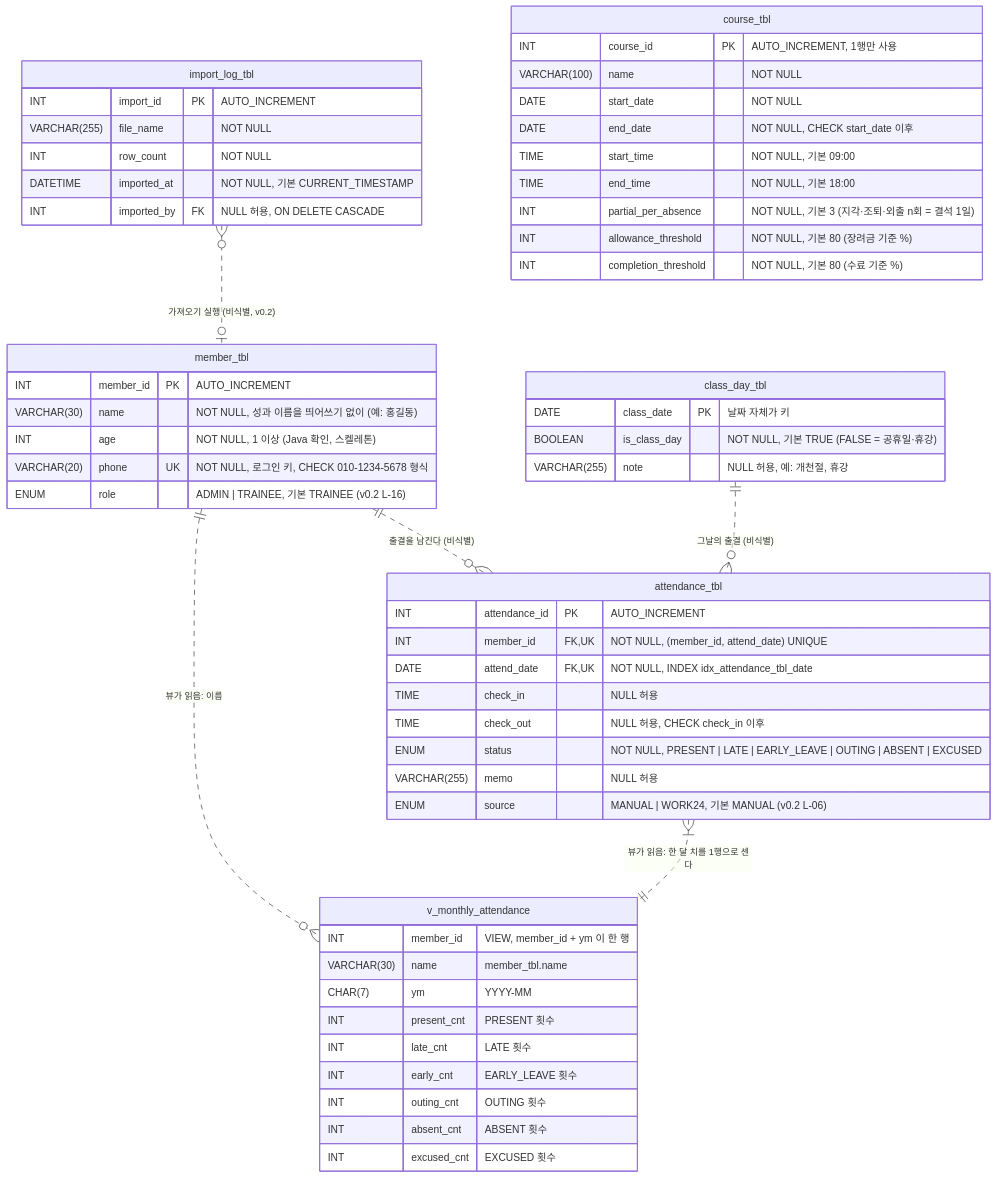
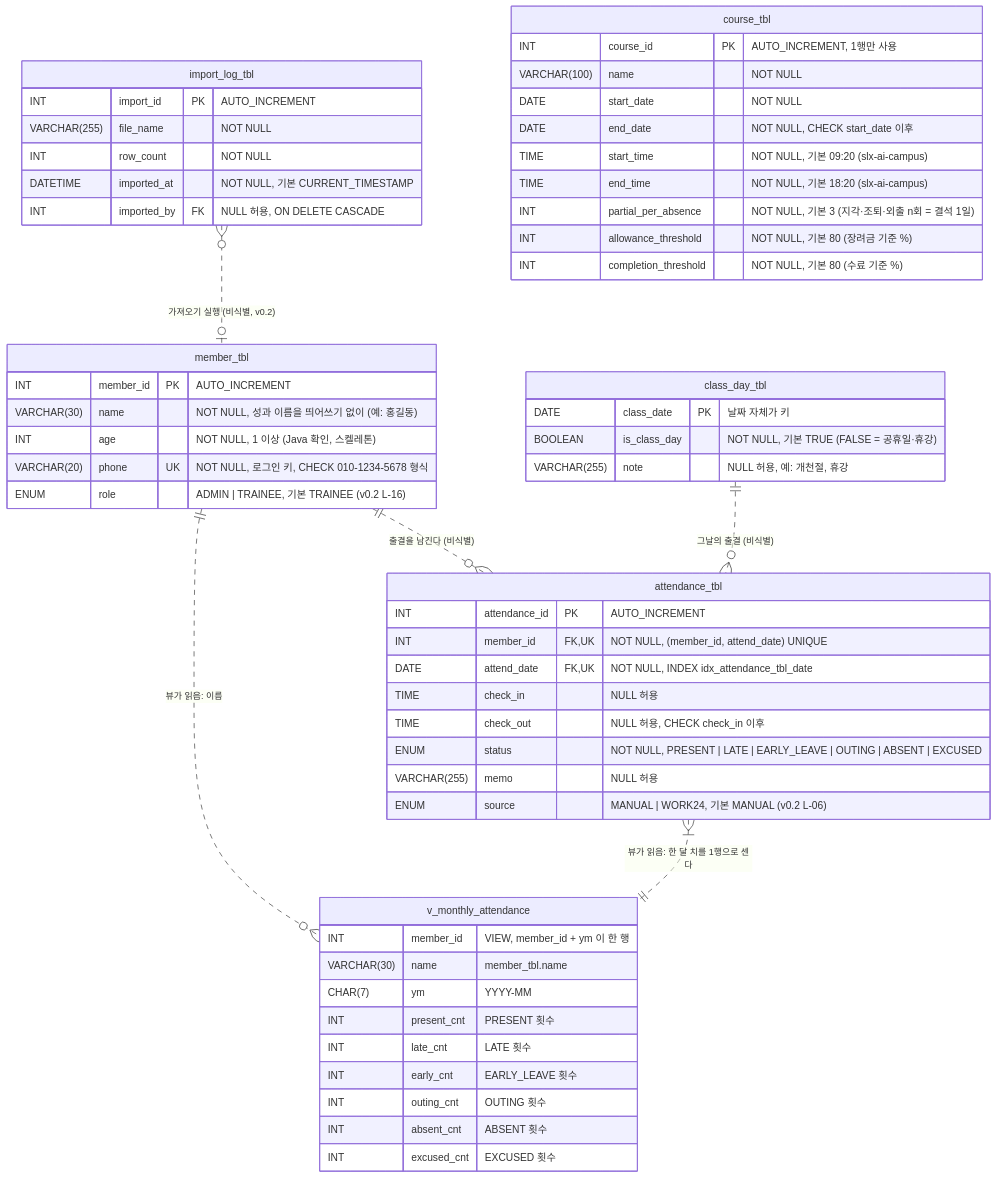
Before and after one commit to 20260921-saltlux-llm-agent-service-2nd/3WHY_java-latecatcher: the first of 3 diagrams in docs/erd.md, drawn with Mermaid. The commit also changed other lines of this file and 2 other files, not shown here.

First line of the commit message:
docs: [문서] 수업 시각을 slx-ai-campus 기준 09:20~18:20으로 확정

````diff
--- a/docs/erd.md
+++ b/docs/erd.md
@@ -26,70 +26,70 @@
 ```mermaid
 ---
 config:
   er:
     layoutDirection: LR
 ---
 erDiagram
     import_log_tbl }o..o| member_tbl     : "가져오기 실행 (비식별, v0.2)"
     member_tbl     ||..o{ attendance_tbl : "출결을 남긴다 (비식별)"
     class_day_tbl  ||..o{ attendance_tbl : "그날의 출결 (비식별)"
     attendance_tbl }|..|| v_monthly_attendance : "뷰가 읽음: 한 달 치를 1행으로 센다"
     member_tbl     ||..o{ v_monthly_attendance : "뷰가 읽음: 이름"
 
     member_tbl {
         INT         member_id PK "AUTO_INCREMENT"
         VARCHAR(30) name         "NOT NULL, 성과 이름을 띄어쓰기 없이 (예: 홍길동)"
         INT         age          "NOT NULL, 1 이상 (Java 확인, 스켈레톤)"
         VARCHAR(20) phone     UK "NOT NULL, 로그인 키, CHECK 010-1234-5678 형식"
         ENUM        role         "ADMIN | TRAINEE, 기본 TRAINEE (v0.2 L-16)"
     }
 
     course_tbl {
         INT          course_id            PK "AUTO_INCREMENT, 1행만 사용"
         VARCHAR(100) name                    "NOT NULL"
         DATE         start_date              "NOT NULL"
         DATE         end_date                "NOT NULL, CHECK start_date 이후"
-        TIME         start_time              "NOT NULL, 기본 09:00"
-        TIME         end_time                "NOT NULL, 기본 18:00"
+        TIME         start_time              "NOT NULL, 기본 09:20 (slx-ai-campus)"
+        TIME         end_time                "NOT NULL, 기본 18:20 (slx-ai-campus)"
         INT          partial_per_absence     "NOT NULL, 기본 3 (지각·조퇴·외출 n회 = 결석 1일)"
         INT          allowance_threshold     "NOT NULL, 기본 80 (장려금 기준 %)"
         INT          completion_threshold    "NOT NULL, 기본 80 (수료 기준 %)"
     }
 
     class_day_tbl {
         DATE         class_date   PK "날짜 자체가 키"
         BOOLEAN      is_class_day    "NOT NULL, 기본 TRUE (FALSE = 공휴일·휴강)"
         VARCHAR(255) note            "NULL 허용, 예: 개천절, 휴강"
     }
 
     attendance_tbl {
         INT          attendance_id PK     "AUTO_INCREMENT"
         INT          member_id     FK, UK "NOT NULL, (member_id, attend_date) UNIQUE"
         DATE         attend_date   FK, UK "NOT NULL, INDEX idx_attendance_tbl_date"
         TIME         check_in             "NULL 허용"
         TIME         check_out            "NULL 허용, CHECK check_in 이후"
         ENUM         status               "NOT NULL, PRESENT | LATE | EARLY_LEAVE | OUTING | ABSENT | EXCUSED"
         VARCHAR(255) memo                 "NULL 허용"
         ENUM         source               "MANUAL | WORK24, 기본 MANUAL (v0.2 L-06)"
     }
 
     import_log_tbl {
         INT          import_id   PK "AUTO_INCREMENT"
         VARCHAR(255) file_name      "NOT NULL"
         INT          row_count      "NOT NULL"
         DATETIME     imported_at    "NOT NULL, 기본 CURRENT_TIMESTAMP"
         INT          imported_by FK "NULL 허용, ON DELETE CASCADE"
     }
 
     v_monthly_attendance {
         INT         member_id   "VIEW, member_id + ym 이 한 행"
         VARCHAR(30) name        "member_tbl.name"
         CHAR(7)     ym          "YYYY-MM"
         INT         present_cnt "PRESENT 횟수"
         INT         late_cnt    "LATE 횟수"
         INT         early_cnt   "EARLY_LEAVE 횟수"
         INT         outing_cnt  "OUTING 횟수"
         INT         absent_cnt  "ABSENT 횟수"
         INT         excused_cnt "EXCUSED 횟수"
     }
 ```
````
